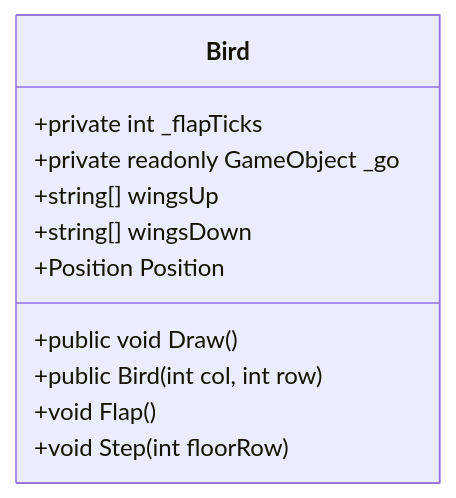
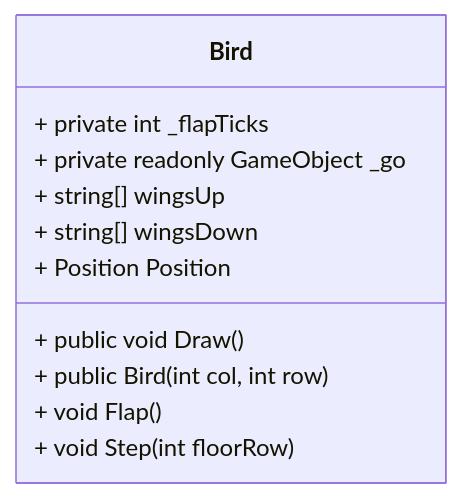
One commit to NexusWeave/MVP-FlappyBird-cs changed the third of 7 diagrams in dokumentasjon/diagram/klasse-diagram.md. Above: the diagram before and after it, drawn with Mermaid. The commit also changed other lines of this file, not shown here.

Commit message:
Fix formatting in klasse-diagram.md by adding spaces before access modifiers and method declarations

````diff
--- a/dokumentasjon/diagram/klasse-diagram.md
+++ b/dokumentasjon/diagram/klasse-diagram.md
@@ -31,20 +31,20 @@
 ```mermaid
     classDiagram
         direction TD
 
     class Bird {
-        +private int _flapTicks
-        +private readonly GameObject _go
+        + private int _flapTicks
+        + private readonly GameObject _go
 
-        +string[] wingsUp
-        +string[] wingsDown
+        + string[] wingsUp
+        + string[] wingsDown
 
-        +public void Draw()
-        +public Bird(int col, int row)
+        + public void Draw()
+        + public Bird(int col, int row)
 
-        +Position Position
+        + Position Position
 
-        +void Flap()
-        +void Step(int floorRow)
+        + void Flap()
+        + void Step(int floorRow)
     }
 ```
````
